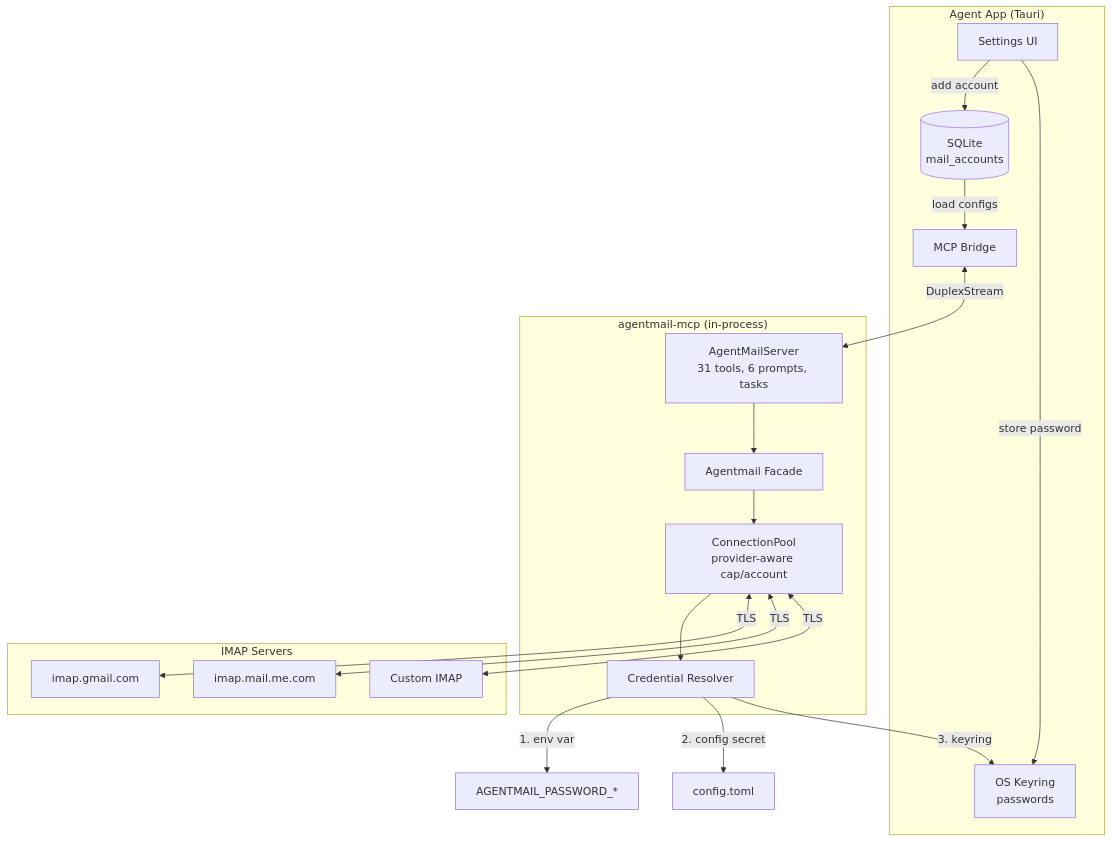
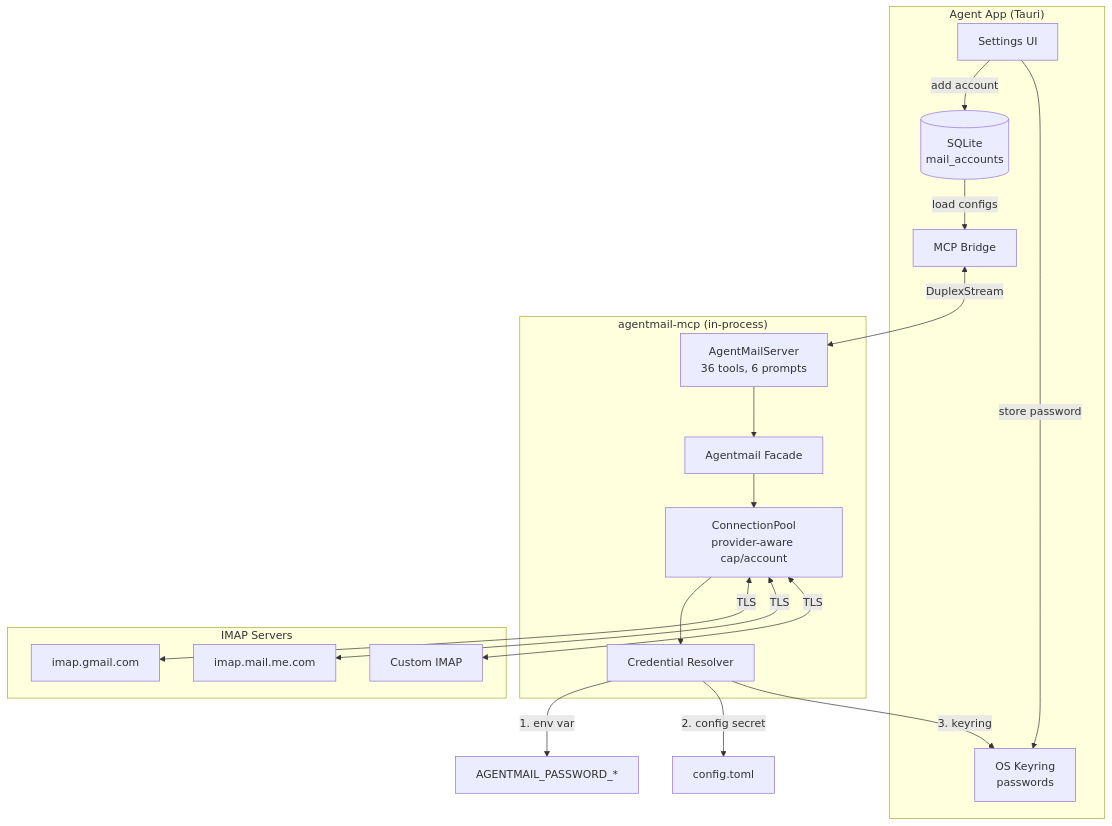
Before and after one commit to Weekendsuperhero-io/agentmail: the first of 4 diagrams in DESIGN.md, drawn with Mermaid. The commit also changed other lines of this file and 74 other files, not shown here.

First line of the commit message:
feat: MCP 2026-07-28 alongside 2025-11-25, SEP-2663 tasks, rmcp 3.6.0 (0.9.0) (#19)

````diff
--- a/DESIGN.md
+++ b/DESIGN.md
@@ -13,36 +13,36 @@
 ```mermaid
 graph TB
     subgraph "Agent App (Tauri)"
         UI[Settings UI]
         DB[(SQLite<br/>mail_accounts)]
         KR[OS Keyring<br/>passwords]
         GW[MCP Bridge]
     end
 
     subgraph "agentmail-mcp (in-process)"
-        MCP[AgentMailServer<br/>31 tools, 6 prompts, tasks]
+        MCP[AgentMailServer<br/>36 tools, 6 prompts]
         MK[Agentmail Facade]
         POOL[ConnectionPool<br/>provider-aware cap/account]
         CRED[Credential Resolver]
     end
 
     subgraph "IMAP Servers"
         GMAIL[imap.gmail.com]
         ICLOUD[imap.mail.me.com]
         CUSTOM[Custom IMAP]
     end
 
     UI -->|add account| DB
     UI -->|store password| KR
     DB -->|load configs| GW
     GW <-->|DuplexStream| MCP
     MCP --> MK
     MK --> POOL
     POOL --> CRED
     CRED -->|1. env var| ENV[AGENTMAIL_PASSWORD_*]
     CRED -->|2. config secret| CFG[config.toml]
     CRED -->|3. keyring| KR
     POOL <-->|TLS| GMAIL
     POOL <-->|TLS| ICLOUD
     POOL <-->|TLS| CUSTOM
 ```
````
